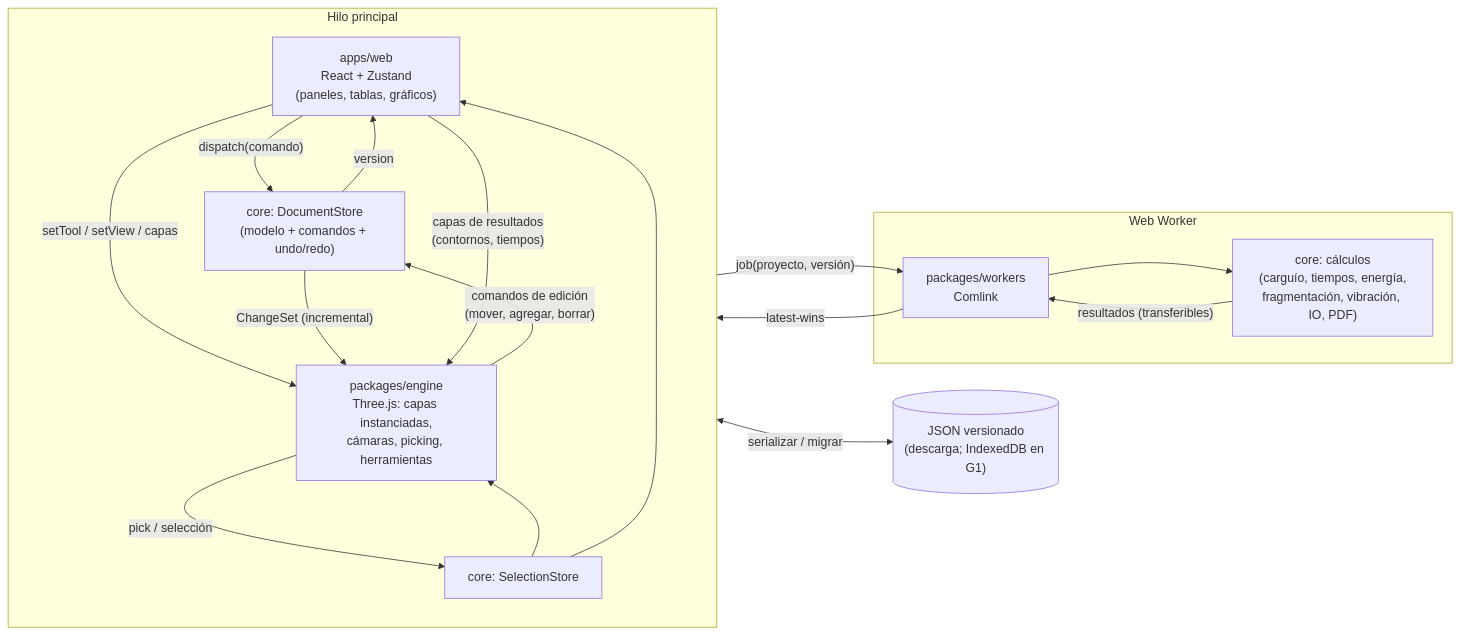
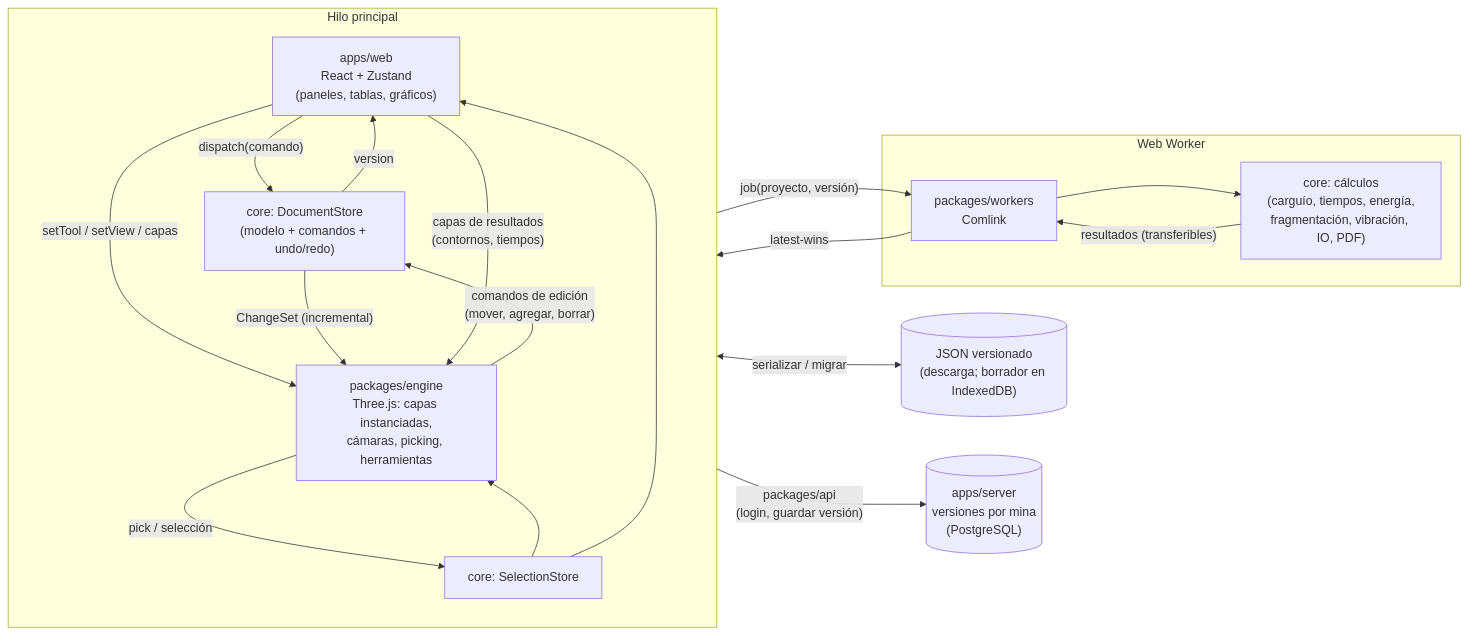
The diagram in docs/ARCHITECTURE.md (codea-uni/dna-codeauni), drawn with Mermaid before and after one commit. The commit also changed other lines of this file and 2 other files, not shown here.

First line of the commit message:
docs: decisión D-14 de backend con login, empresas con minas e historial de versiones

````diff
--- a/docs/ARCHITECTURE.md
+++ b/docs/ARCHITECTURE.md
@@ -7,30 +7,32 @@
 ```mermaid
 flowchart LR
   subgraph Main["Hilo principal"]
     direction TB
     UI["apps/web<br/>React + Zustand<br/>(paneles, tablas, gráficos)"]
     DOC["core: DocumentStore<br/>(modelo + comandos + undo/redo)"]
     SEL["core: SelectionStore"]
     ENG["packages/engine<br/>Three.js: capas instanciadas,<br/>cámaras, picking, herramientas"]
   end
   subgraph Workers["Web Worker"]
     API["packages/workers<br/>Comlink"]
     CALC["core: cálculos<br/>(carguío, tiempos, energía,<br/>fragmentación, vibración, IO, PDF)"]
   end
-  STORE[("JSON versionado<br/>(descarga; IndexedDB en G1)")]
+  STORE[("JSON versionado<br/>(descarga; borrador en IndexedDB)")]
+  SRV[("apps/server<br/>versiones por mina<br/>(PostgreSQL)")]
 
   UI -- "dispatch(comando)" --> DOC
   UI -- "setTool / setView / capas" --> ENG
   ENG -- "comandos de edición<br/>(mover, agregar, borrar)" --> DOC
   ENG -- "pick / selección" --> SEL
   DOC -- "ChangeSet (incremental)" --> ENG
   DOC -- "version" --> UI
   SEL --> ENG
   SEL --> UI
   UI -- "job(proyecto, versión)" --> API
   API --> CALC
   CALC -- "resultados (transferibles)" --> API
   API -- "latest-wins" --> UI
   UI -- "capas de resultados<br/>(contornos, tiempos)" --> ENG
   DOC <-- "serializar / migrar" --> STORE
+  UI -- "packages/api<br/>(login, guardar versión)" --> SRV
 ```
````
